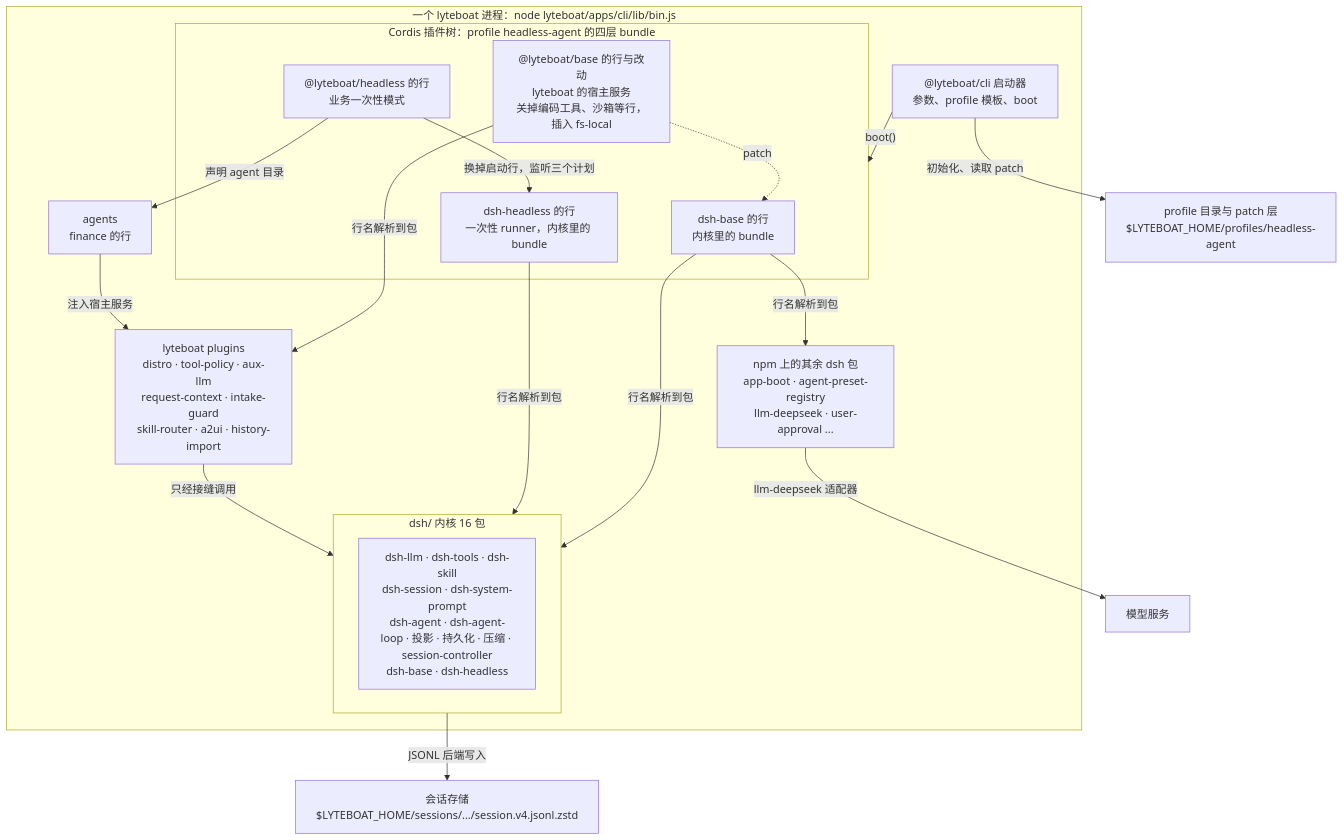
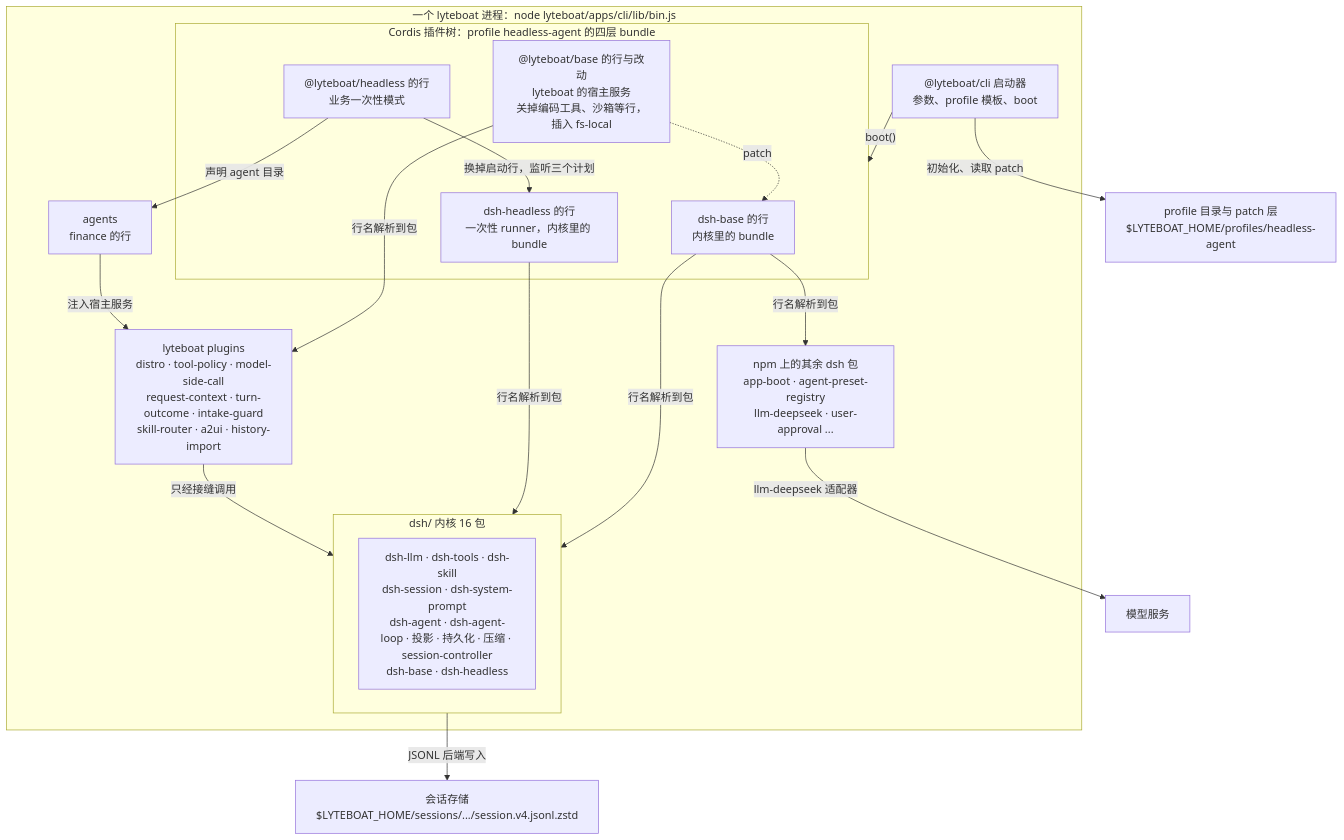
Before and after one commit to lyteboat/lyteboat: the second of 11 diagrams in docs/01-architecture.md, drawn with Mermaid. The commit also changed other lines of this file and 78 other files, not shown here.

````diff
--- a/docs/01-architecture.md
+++ b/docs/01-architecture.md
@@ -108,34 +108,34 @@
 ```mermaid
 flowchart TB
   subgraph PROC["一个 lyteboat 进程：node lyteboat/apps/cli/lib/bin.js"]
     cli["@lyteboat/cli 启动器<br/>参数、profile 模板、boot"]
     subgraph TREE["Cordis 插件树：profile headless-agent 的四层 bundle"]
       base["dsh-base 的行<br/>内核里的 bundle"]
       hdl["dsh-headless 的行<br/>一次性 runner，内核里的 bundle"]
       lbase["@lyteboat/base 的行与改动<br/>lyteboat 的宿主服务<br/>关掉编码工具、沙箱等行，插入 fs-local"]
       runb["@lyteboat/headless 的行<br/>业务一次性模式"]
     end
     subgraph KERNEL["dsh/ 内核 16 包"]
       kpk["dsh-llm · dsh-tools · dsh-skill<br/>dsh-session · dsh-system-prompt<br/>dsh-agent · dsh-agent-loop · 投影 · 持久化 · 压缩 · session-controller<br/>dsh-base · dsh-headless"]
     end
     npmpk["npm 上的其余 dsh 包<br/>app-boot · agent-preset-registry<br/>llm-deepseek · user-approval ..."]
-    plugins["lyteboat plugins<br/>distro · tool-policy · aux-llm<br/>request-context · intake-guard<br/>skill-router · a2ui · history-import"]
+    plugins["lyteboat plugins<br/>distro · tool-policy · model-side-call<br/>request-context · turn-outcome · intake-guard<br/>skill-router · a2ui · history-import"]
     agents["agents<br/>finance 的行"]
   end
   prof["profile 目录与 patch 层<br/>$LYTEBOAT_HOME/profiles/headless-agent"]
   store["会话存储<br/>$LYTEBOAT_HOME/sessions/.../session.v4.jsonl.zstd"]
   model["模型服务"]
   cli -->|"初始化、读取 patch"| prof
   cli -->|"boot()"| TREE
   lbase -.->|"patch"| base
   base -->|"行名解析到包"| KERNEL
   base -->|"行名解析到包"| npmpk
   hdl -->|"行名解析到包"| KERNEL
   lbase -->|"行名解析到包"| plugins
   runb -->|"换掉启动行，监听三个计划"| hdl
   runb -->|"声明 agent 目录"| agents
   agents -->|"注入宿主服务"| plugins
   plugins -->|"只经接缝调用"| KERNEL
   KERNEL -->|"JSONL 后端写入"| store
   npmpk -->|"llm-deepseek 适配器"| model
 ```
````
